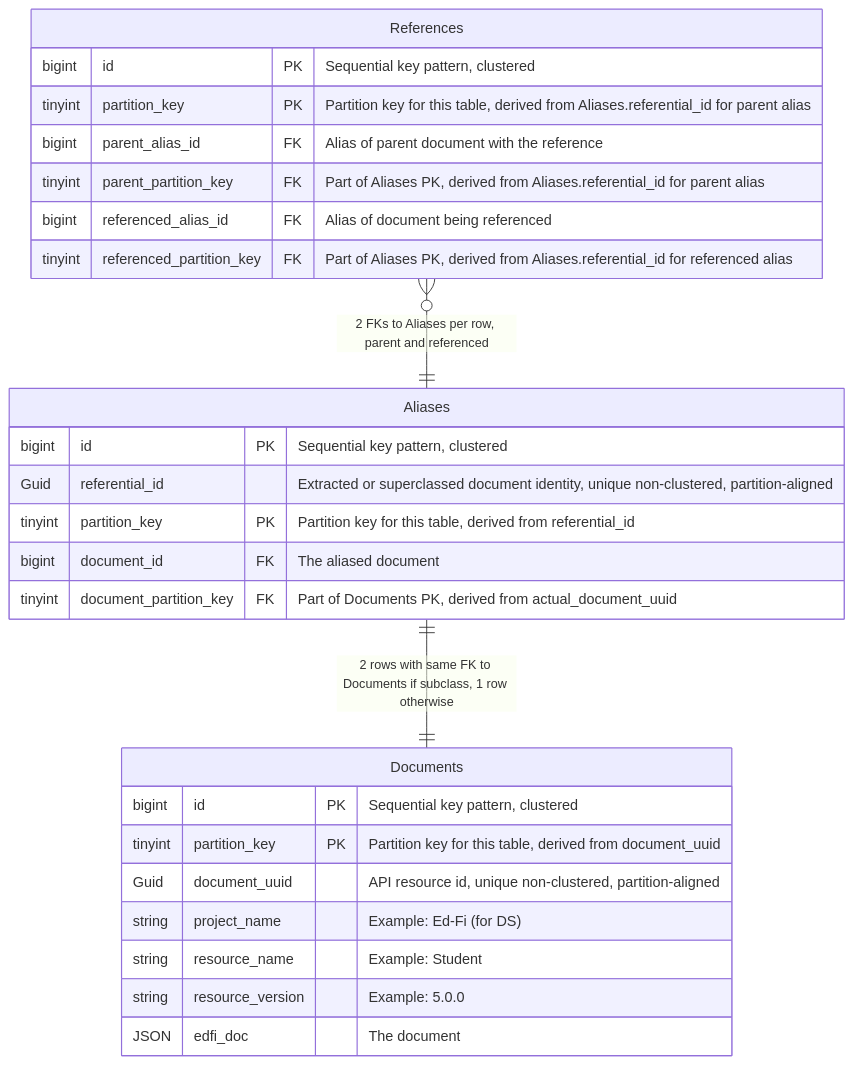
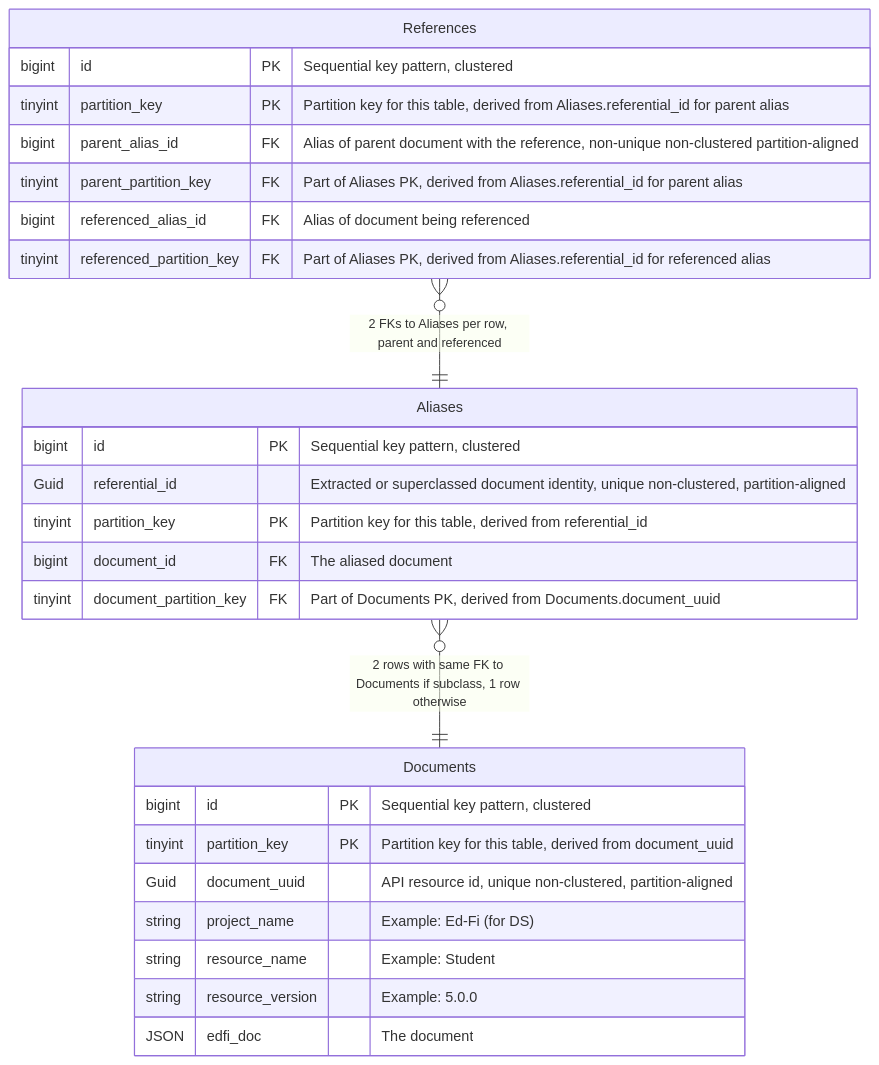
The fourth of 7 diagrams in docs/DMS/PRIMARY-DATA-STORAGE.md (Ed-Fi-Alliance-OSS/Project-Tanager), drawn with Mermaid before and after one commit. The commit also changed other lines of this file, not shown here.

````diff
--- a/docs/DMS/PRIMARY-DATA-STORAGE.md
+++ b/docs/DMS/PRIMARY-DATA-STORAGE.md
@@ -339,29 +347,29 @@
 ```mermaid
 erDiagram
     References }o--|| Aliases : "2 FKs to Aliases per row, parent and referenced"
     References {
         bigint id PK "Sequential key pattern, clustered"
         tinyint partition_key PK "Partition key for this table, derived from Aliases.referential_id for parent alias"
-        bigint parent_alias_id FK "Alias of parent document with the reference"
+        bigint parent_alias_id FK "Alias of parent document with the reference, non-unique non-clustered partition-aligned"
         tinyint parent_partition_key FK "Part of Aliases PK, derived from Aliases.referential_id for parent alias"
         bigint referenced_alias_id FK "Alias of document being referenced"
         tinyint referenced_partition_key FK "Part of Aliases PK, derived from Aliases.referential_id for referenced alias"
     }
-    Aliases ||--|| Documents : "2 rows with same FK to Documents if subclass, 1 row otherwise"
+    Aliases }o--|| Documents : "2 rows with same FK to Documents if subclass, 1 row otherwise"
     Aliases {
         bigint id PK "Sequential key pattern, clustered"
         Guid referential_id "Extracted or superclassed document identity, unique non-clustered, partition-aligned"
         tinyint partition_key PK "Partition key for this table, derived from referential_id"
         bigint document_id FK "The aliased document"
-        tinyint document_partition_key FK "Part of Documents PK, derived from actual_document_uuid"
+        tinyint document_partition_key FK "Part of Documents PK, derived from Documents.document_uuid"
     }
     Documents {
         bigint id PK "Sequential key pattern, clustered"
         tinyint partition_key PK "Partition key for this table, derived from document_uuid"
         Guid document_uuid "API resource id, unique non-clustered, partition-aligned"
         string project_name "Example: Ed-Fi (for DS)"
         string resource_name "Example: Student"
         string resource_version "Example: 5.0.0"
         JSON edfi_doc "The document"
     }
 ```
````
